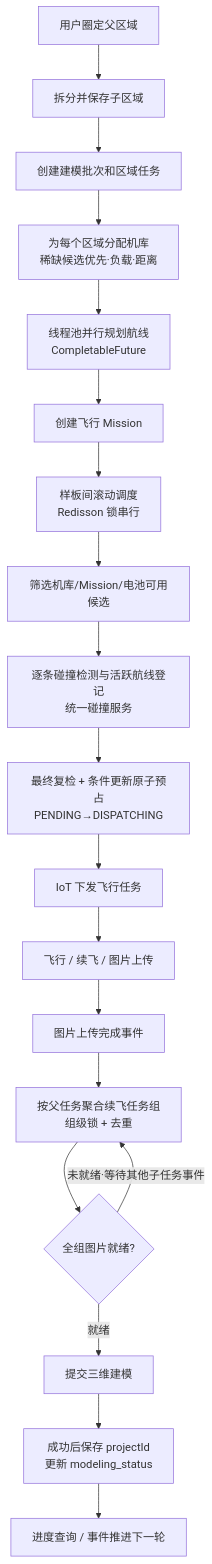
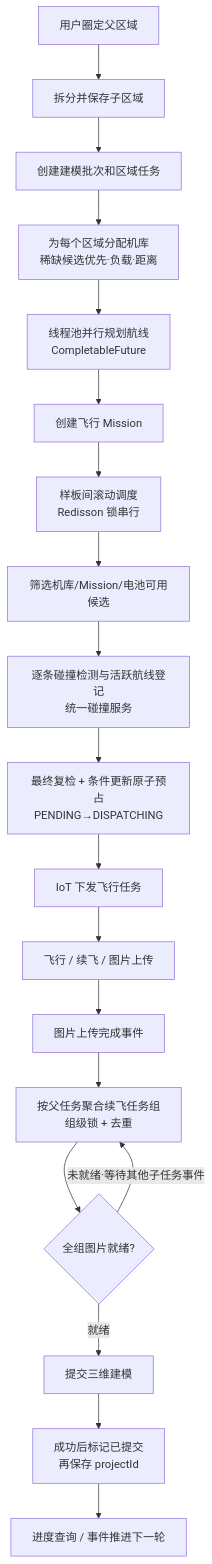
The first of 15 diagrams in site/documents/uav-backend-review-handbook.md (rominw/html-docs), drawn with Mermaid before and after one commit. The commit also changed other lines of this file and 2 other files, not shown here.

````diff
--- a/site/documents/uav-backend-review-handbook.md
+++ b/site/documents/uav-backend-review-handbook.md
@@ -58,21 +62,21 @@
 ```mermaid
 flowchart TD
     A[用户圈定父区域] --> B[拆分并保存子区域]
     B --> C[创建建模批次和区域任务]
     C --> D[为每个区域分配机库<br/>稀缺候选优先·负载·距离]
     D --> E[线程池并行规划航线<br/>CompletableFuture]
     E --> F[创建飞行 Mission]
     F --> G[样板间滚动调度<br/>Redisson 锁串行]
     G --> H[筛选机库/Mission/电池可用候选]
     H --> I[逐条碰撞检测与活跃航线登记<br/>统一碰撞服务]
     I --> J[最终复检 + 条件更新原子预占<br/>PENDING→DISPATCHING]
     J --> K[IoT 下发飞行任务]
     K --> L[飞行 / 续飞 / 图片上传]
     L --> M[图片上传完成事件]
     M --> N[按父任务聚合续飞任务组<br/>组级锁 + 去重]
     N --> O{全组图片就绪?}
     O -- 未就绪·等待其他子任务事件 --> N
     O -- 就绪 --> P[提交三维建模]
-    P --> Q[成功后保存 projectId<br/>更新 modeling_status]
+    P --> Q[成功后标记已提交<br/>再保存 projectId]
     Q --> R[进度查询 / 事件推进下一轮]
 ```
````
